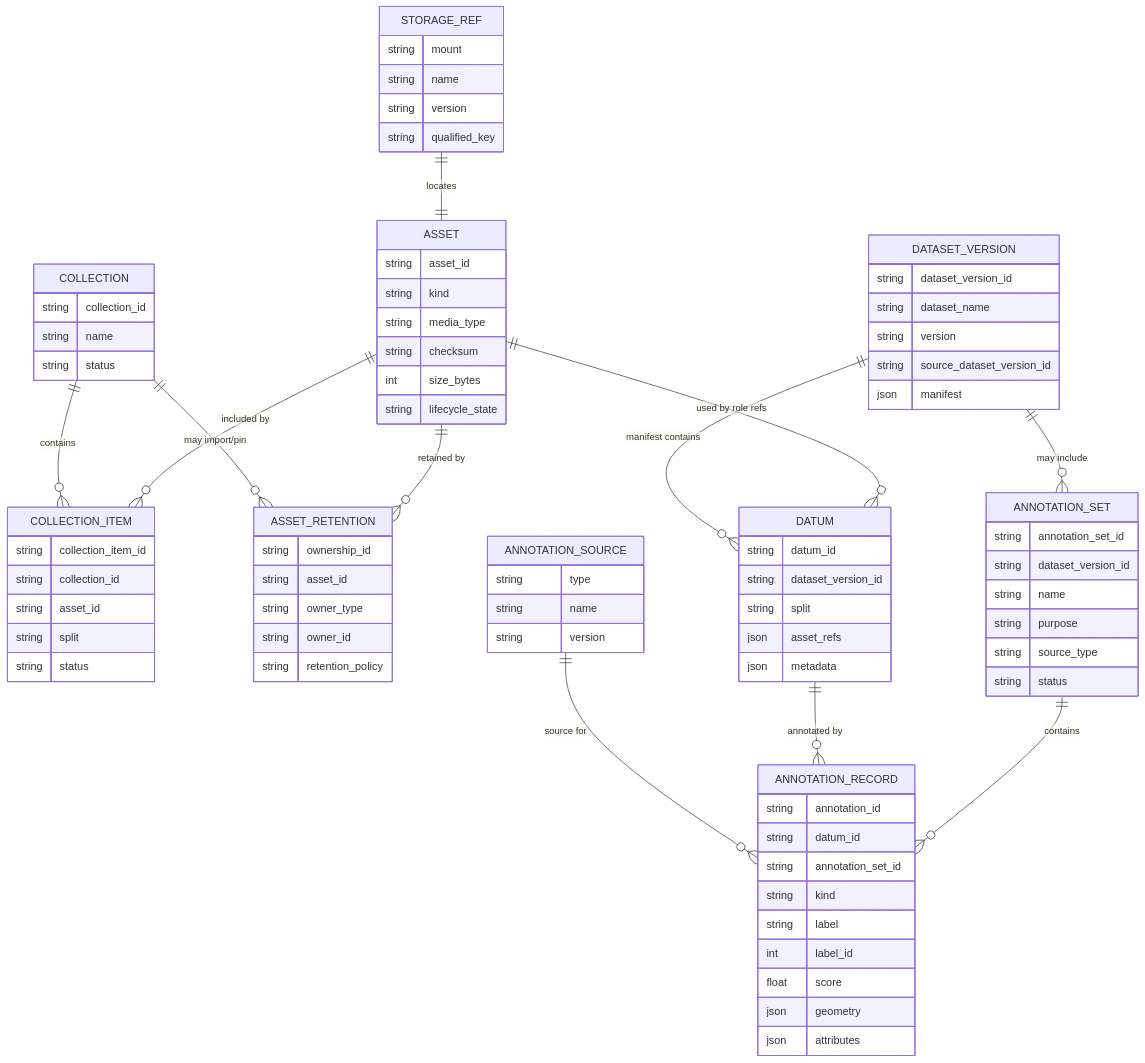
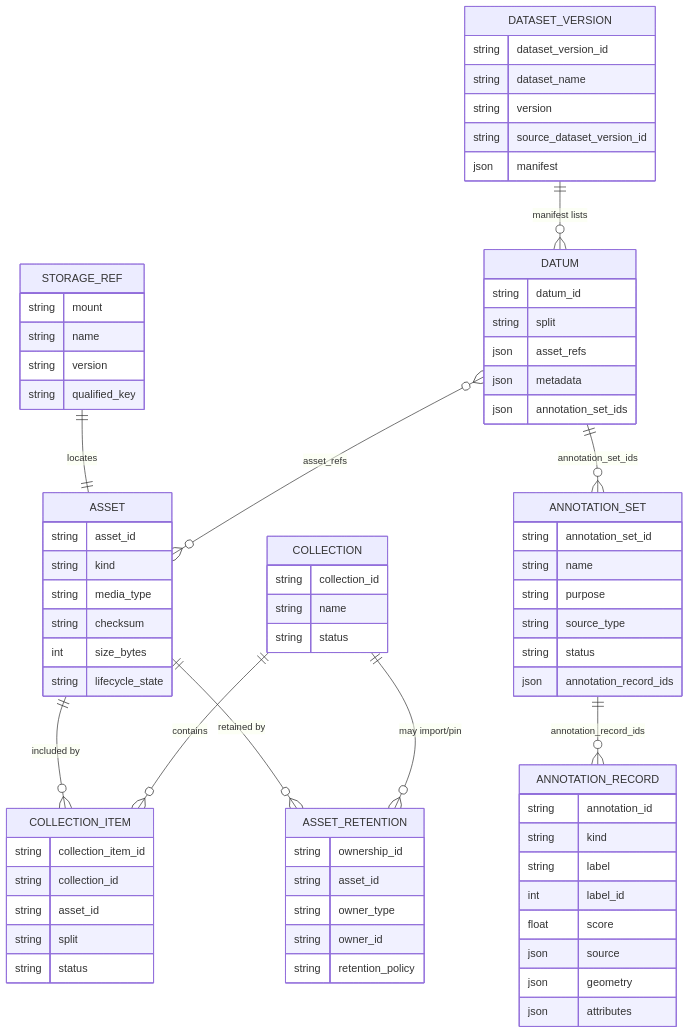
One commit to Mindtrace/mindtrace changed the seventh of 7 diagrams in docs/datalake-v3-proposal.md. Above: the diagram before and after it, drawn with Mermaid. The commit also changed other lines of this file, not shown here.

```diff
--- a/docs/datalake-v3-proposal.md
+++ b/docs/datalake-v3-proposal.md
@@ -791,12 +849,10 @@
     COLLECTION ||--o{ COLLECTION_ITEM : "contains"
     ASSET ||--o{ ASSET_RETENTION : "retained by"
     COLLECTION ||--o{ ASSET_RETENTION : "may import/pin"
-    ASSET ||--o{ DATUM : "used by role refs"
-    DATASET_VERSION ||--o{ DATUM : "manifest contains"
-    DATASET_VERSION ||--o{ ANNOTATION_SET : "may include"
-    ANNOTATION_SET ||--o{ ANNOTATION_RECORD : "contains"
-    DATUM ||--o{ ANNOTATION_RECORD : "annotated by"
-    ANNOTATION_SOURCE ||--o{ ANNOTATION_RECORD : "source for"
+    DATASET_VERSION ||--o{ DATUM : "manifest lists"
+    DATUM }o--o{ ASSET : "asset_refs"
+    DATUM ||--o{ ANNOTATION_SET : "annotation_set_ids"
+    ANNOTATION_SET ||--o{ ANNOTATION_RECORD : "annotation_record_ids"
 
     STORAGE_REF {
         string mount
@@ -838,35 +894,28 @@
 
     DATUM {
         string datum_id
-        string dataset_version_id
         string split
         json asset_refs
         json metadata
-    }
-
-    ANNOTATION_SOURCE {
-        string type
-        string name
-        string version
+        json annotation_set_ids
     }
 
     ANNOTATION_SET {
         string annotation_set_id
-        string dataset_version_id
         string name
         string purpose
         string source_type
         string status
+        json annotation_record_ids
     }
 
     ANNOTATION_RECORD {
         string annotation_id
-        string datum_id
-        string annotation_set_id
         string kind
         string label
         int label_id
         float score
+        json source
         json geometry
         json attributes
     }
```
